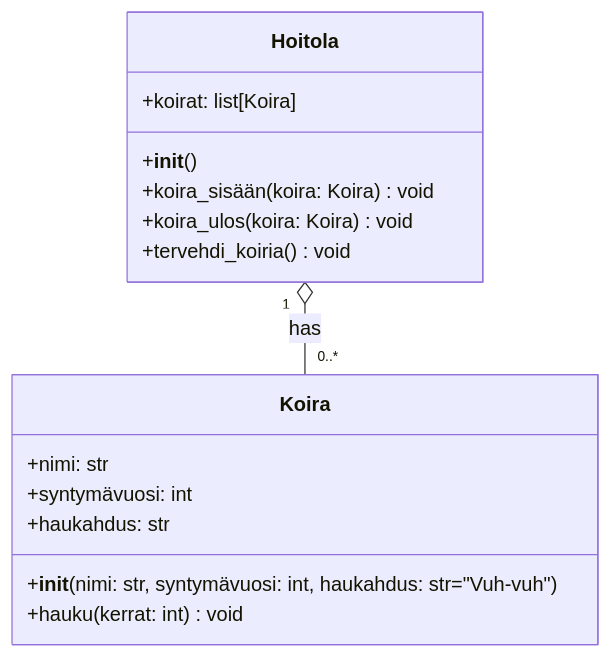
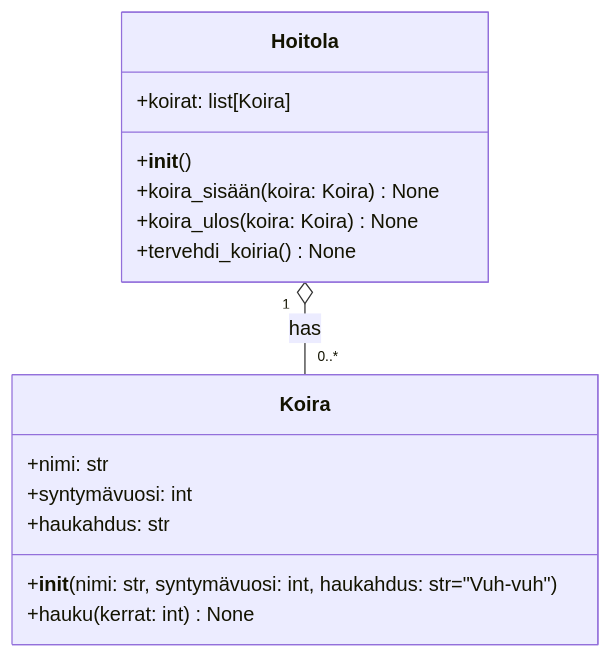
The first of 2 diagrams in fi/10_Assosiaatio.md (metropolia-sw/python), drawn with Mermaid before and after one commit.

Commit message:
Change method return types from void to None in mermaid diagrams

````diff
--- a/fi/10_Assosiaatio.md
+++ b/fi/10_Assosiaatio.md
@@ -42,20 +42,20 @@
 ```mermaid
 classDiagram
     class Koira {
         +nimi: str
         +syntymävuosi: int
         +haukahdus: str
         +__init__(nimi: str, syntymävuosi: int, haukahdus: str="Vuh-vuh")
-        +hauku(kerrat: int) void
+        +hauku(kerrat: int) None
     }
 
     class Hoitola {
         +koirat: list[Koira]
         +__init__() 
-        +koira_sisään(koira: Koira) void
-        +koira_ulos(koira: Koira) void
-        +tervehdi_koiria() void
+        +koira_sisään(koira: Koira) None
+        +koira_ulos(koira: Koira) None
+        +tervehdi_koiria() None
     }
 
     Hoitola "1" o-- "0..*" Koira : has
 ```
````
